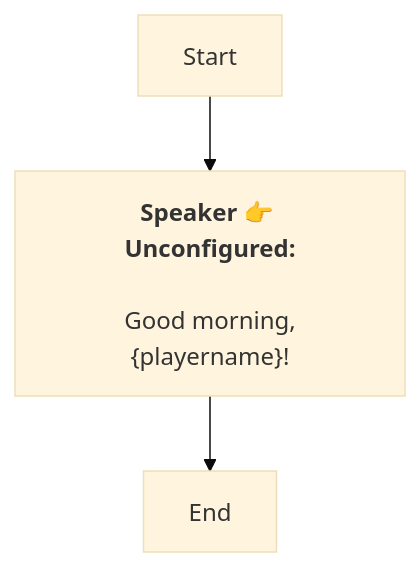
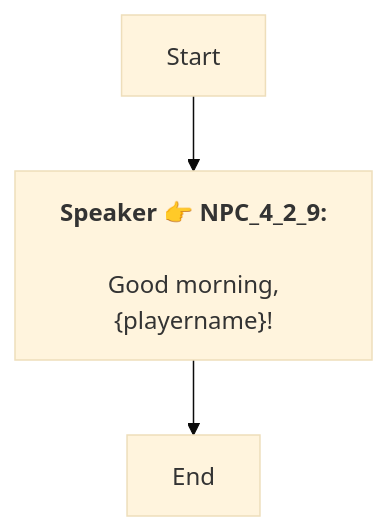
The diagram in En/QuestApproachDialogNode_1741365225259229.md (SoftHu/tos_avg), drawn with Mermaid (base theme) before and after one commit. The commit also changed 737 other files, not shown here.

````diff
--- a/En/QuestApproachDialogNode_1741365225259229.md
+++ b/En/QuestApproachDialogNode_1741365225259229.md
@@ -1,9 +1,8 @@
 ```mermaid
 graph
-Start -->1741464260069634[<b>Speaker 👉 Unconfigured:</b>
-
-Good morning,
+Start -->1741464260069634[<b>Speaker 👉 NPC_4_2_9:</b>
+\nGood morning,
 &lbrace;playername&rbrace;!]
 1741464260069634 -->1741365335831777[End]
 
- ```
+```
````
